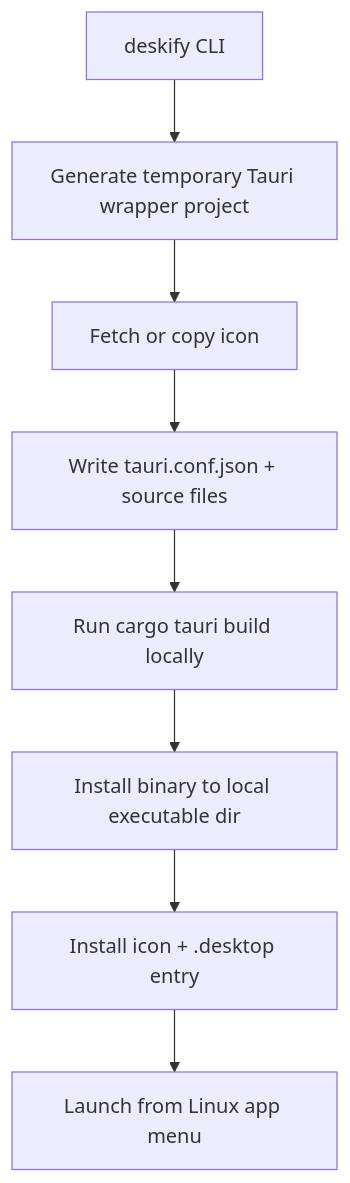
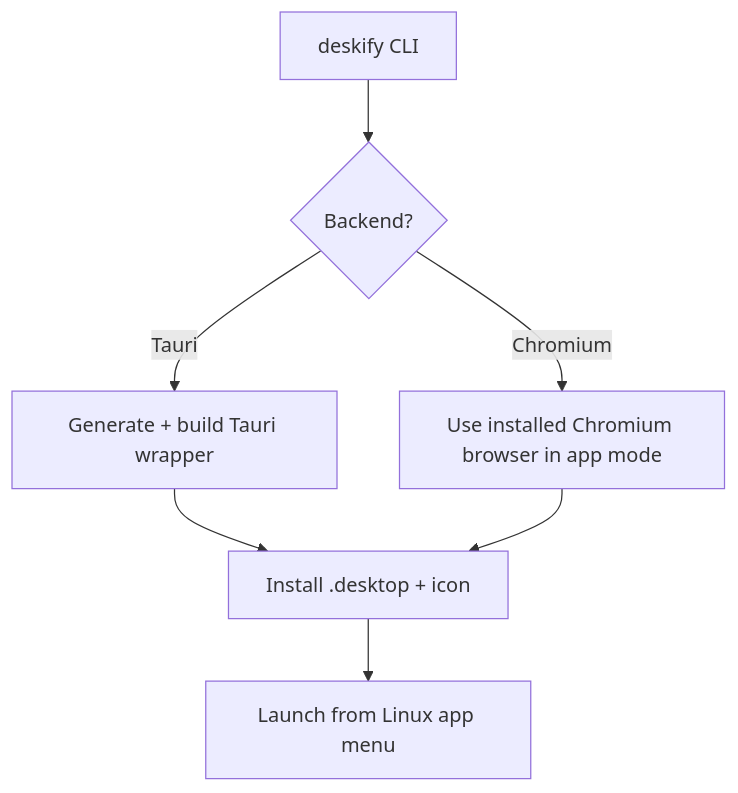
Before and after one commit to spalencsar/deskify: the first of 2 diagrams in README.md, drawn with Mermaid. The commit also changed other lines of this file, not shown here.

First line of the commit message:
docs: update README.md to better reflect current dual-backend architecture and project state

````diff
--- a/README.md
+++ b/README.md
@@ -110,10 +114,9 @@
 ```mermaid
 flowchart TD
-    A[deskify CLI] --> B[Generate temporary Tauri wrapper project]
-    B --> C[Fetch or copy icon]
-    C --> D[Write tauri.conf.json + source files]
-    D --> E[Run cargo tauri build locally]
-    E --> F[Install binary to local executable dir]
-    F --> G[Install icon + .desktop entry]
-    G --> H[Launch from Linux app menu]
+    A[deskify CLI] --> B{Backend?}
+    B -->|Tauri| C[Generate + build Tauri wrapper]
+    B -->|Chromium| D[Use installed Chromium browser in app mode]
+    C --> E[Install .desktop + icon]
+    D --> E
+    E --> F[Launch from Linux app menu]
 ```
````
